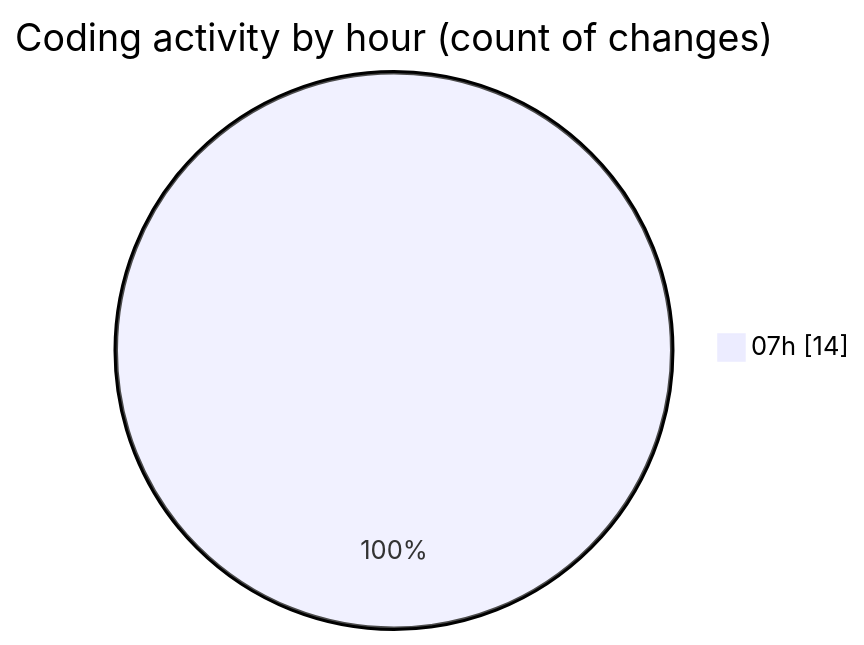
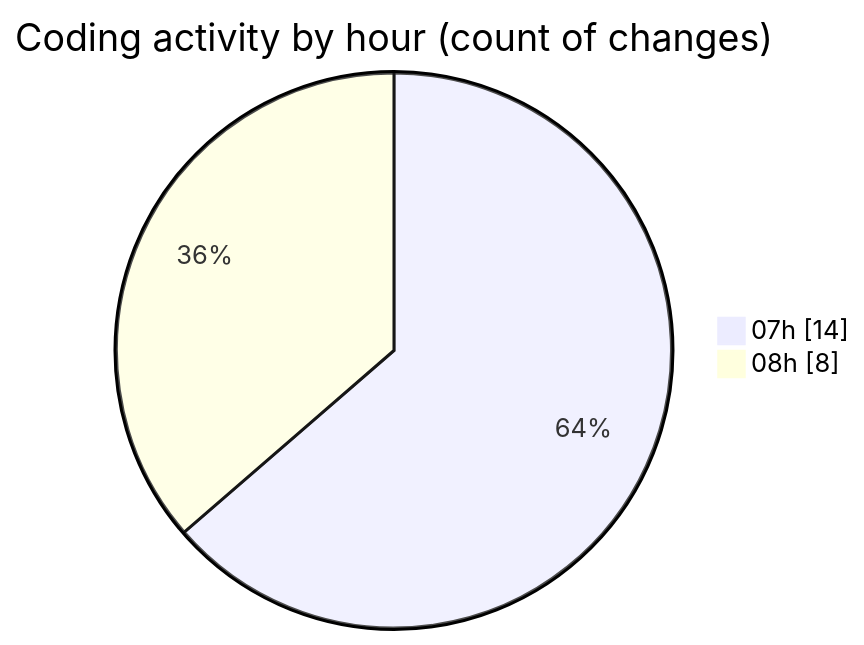
Before and after one commit to robertbonfada/code-tracking: the second of 2 diagrams in 2025-02-05/mbc-web/README.md, drawn with Mermaid. The commit also changed other lines of this file and 1 other file, not shown here.

````diff
--- a/2025-02-05/mbc-web/README.md
+++ b/2025-02-05/mbc-web/README.md
@@ -32,5 +33,6 @@
 ```mermaid
 pie showData
 title Coding activity by hour (count of changes)
 "07h" : 14
+"08h" : 8
 ```
````
